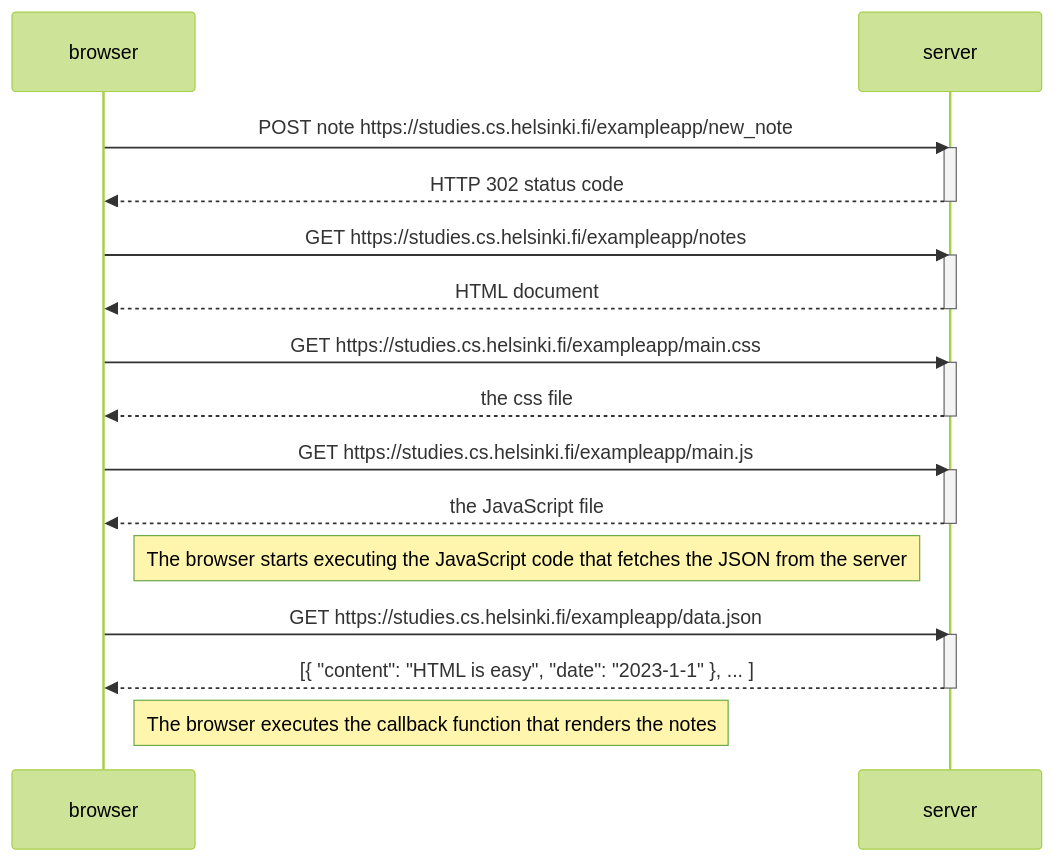
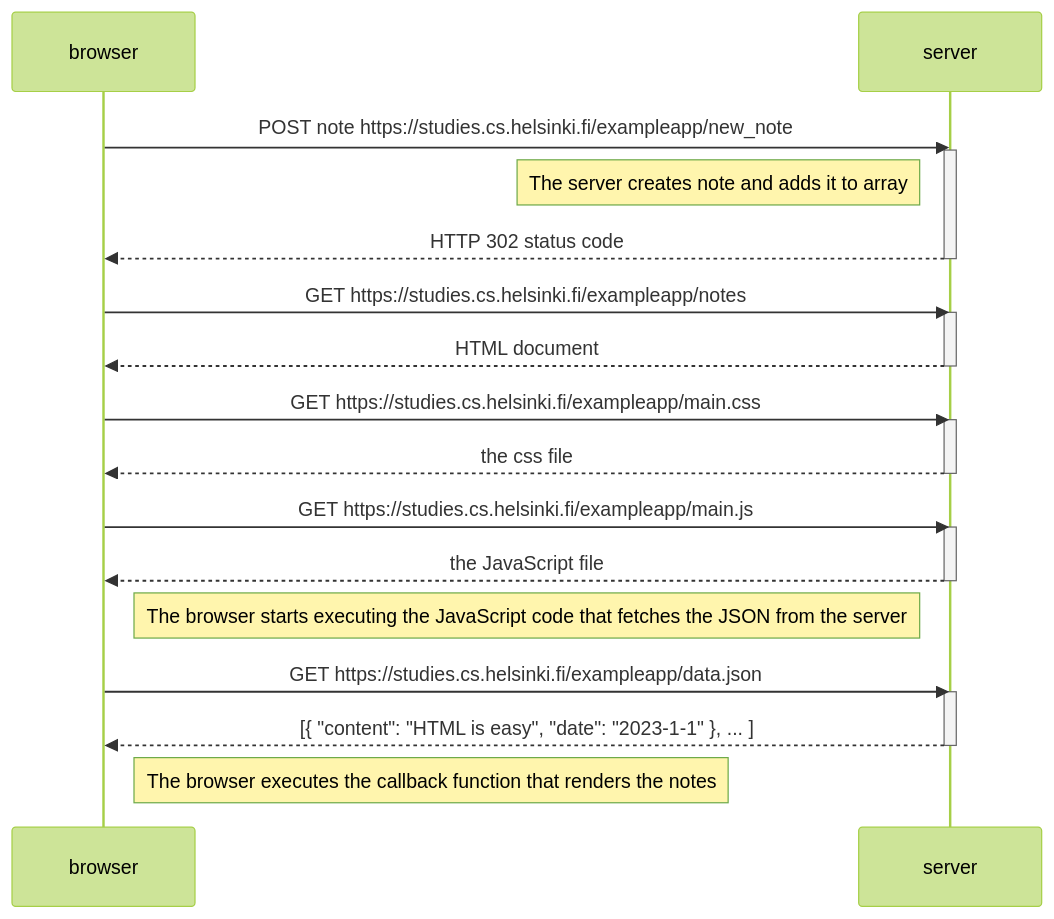
Before and after one commit to YasserAEM/fullstackopen: the diagram in part0/ex0_4.md, drawn with Mermaid (forest theme).

Commit message:
Document server note creation process
Added a note about server behavior when creating a note.

````diff
--- a/part0/ex0_4.md
+++ b/part0/ex0_4.md
@@ -1,34 +1,35 @@
 ```mermaid
 sequenceDiagram
     participant browser
     participant server
 
     browser->>server: POST note https://studies.cs.helsinki.fi/exampleapp/new_note
     activate server
+    Note left of server: The server creates note and adds it to array 
     server -->>browser: HTTP 302 status code
     deactivate server
 
     browser->>server: GET https://studies.cs.helsinki.fi/exampleapp/notes
     activate server
     server-->>browser: HTML document
     deactivate server
 
     browser->>server: GET https://studies.cs.helsinki.fi/exampleapp/main.css
     activate server
     server-->>browser: the css file
     deactivate server
 
     browser->>server: GET https://studies.cs.helsinki.fi/exampleapp/main.js
     activate server
     server-->>browser: the JavaScript file
     deactivate server
 
     Note right of browser: The browser starts executing the JavaScript code that fetches the JSON from the server
 
     browser->>server: GET https://studies.cs.helsinki.fi/exampleapp/data.json
     activate server
     server-->>browser: [{ "content": "HTML is easy", "date": "2023-1-1" }, ... ]
     deactivate server
 
     Note right of browser: The browser executes the callback function that renders the notes
 ```
````
